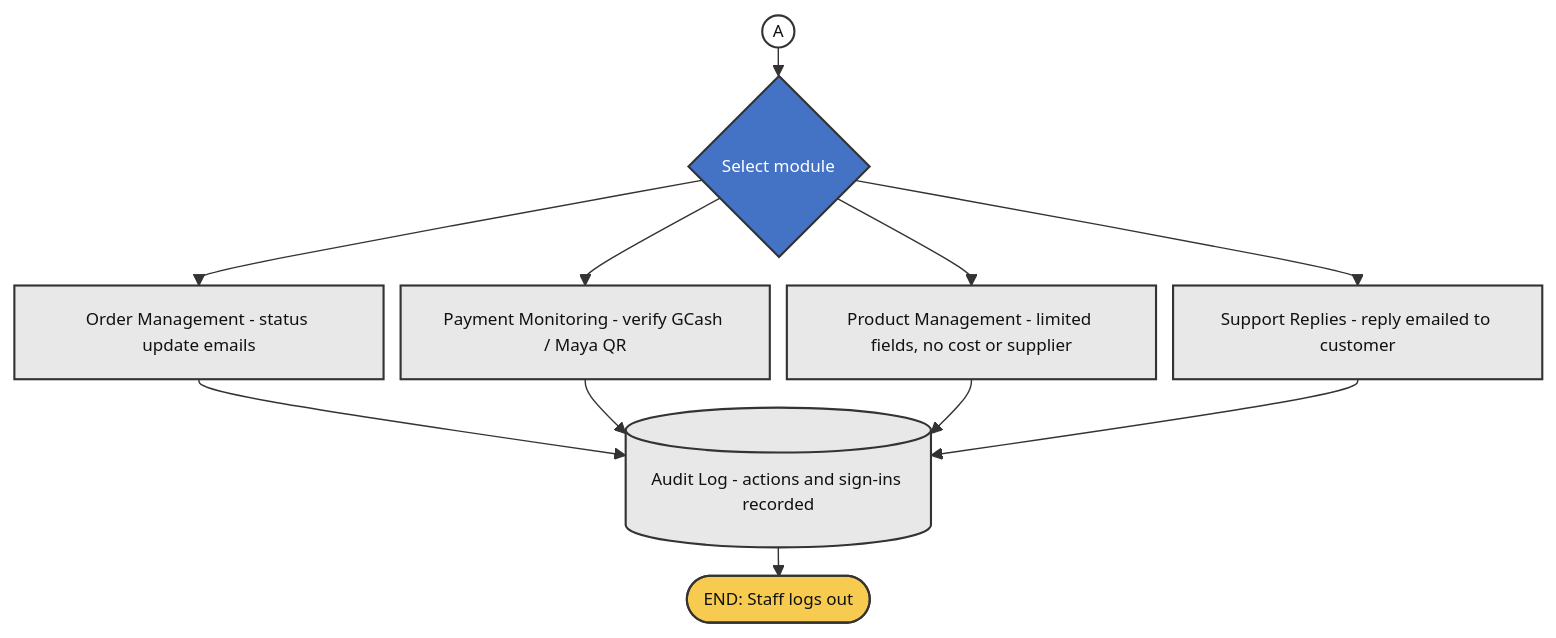
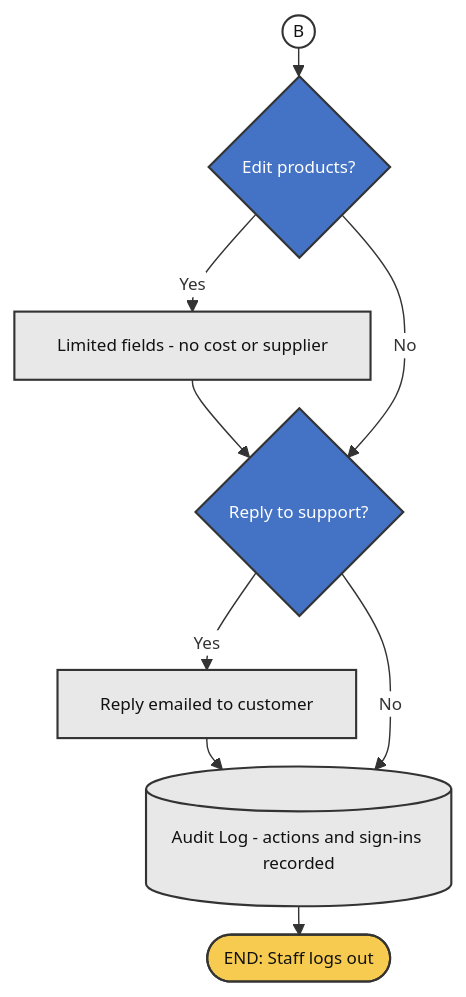
One commit to banderitax5/whiskers-prototype changed the seventh of 12 diagrams in docs/system-flowcharts.md. Above: the diagram before and after it, drawn with Mermaid. The commit also changed other lines of this file, not shown here.

Commit message:
docs: flowcharts - decision cascades, max 2 flowlines per symbol (staff 3 cols, admin 5 cols)

````diff
--- a/docs/system-flowcharts.md
+++ b/docs/system-flowcharts.md
@@ -146,24 +167,22 @@
 ```mermaid
-%%{init: {"flowchart": {"nodeSpacing": 12, "rankSpacing": 20}, "themeVariables": {"fontSize": "12px"}}}%%
+%%{init: {"flowchart": {"nodeSpacing": 12, "rankSpacing": 20}, "themeVariables": {"fontSize": "12px", "edgeLabelBackground": "#FFFFFF"}}}%%
 flowchart TD
-    KA2(("A")) --> M{"Select module"}
-    M --> OM["Order Management - status update emails"]
-    M --> PM["Payment Monitoring - verify GCash / Maya QR"]
-    M --> PD["Product Management - limited fields, no cost or supplier"]
-    M --> SR["Support Replies - reply emailed to customer"]
-    OM --> AL[("Audit Log - actions and sign-ins recorded")]
-    PM --> AL
-    PD --> AL
+    KB2(("B")) --> M3{"Edit products?"}
+    M3 -- Yes --> PD["Limited fields - no cost or supplier"]
+    PD --> M4
+    M3 -- No --> M4{"Reply to support?"}
+    M4 -- Yes --> SR["Reply emailed to customer"]
     SR --> AL
-    AL --> E(["END: Staff logs out"])
+    M4 -- No --> AL
+    AL[("Audit Log - actions and sign-ins recorded")] --> E(["END: Staff logs out"])
     classDef term fill:#F6CB4F,stroke:#333333,stroke-width:1.5px,color:#111111
     classDef proc fill:#E8E8E8,stroke:#333333,stroke-width:1.5px,color:#111111
     classDef dec fill:#4472C4,stroke:#333333,stroke-width:1.5px,color:#FFFFFF
     classDef db fill:#E8E8E8,stroke:#333333,stroke-width:1.5px,color:#111111
     classDef conn fill:#FFFFFF,stroke:#333333,stroke-width:1.5px,color:#111111
-    class M dec
-    class OM,PM,PD,SR proc
+    class M3,M4 dec
+    class PD,SR proc
     class AL db
     class E term
-    class KA2 conn
+    class KB2 conn
 ```
````
